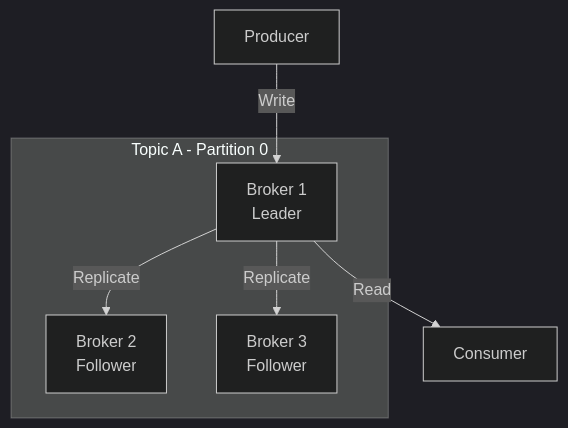
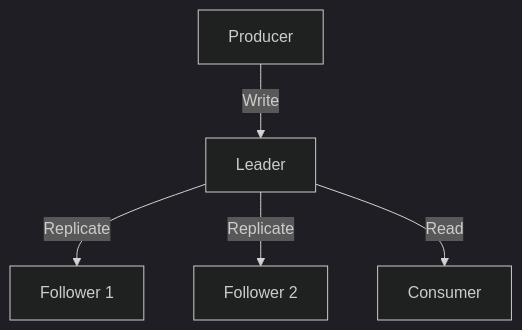
One commit to advanced-beginner/advanced-beginner.github.io changed the second of 2 diagrams in content/en/docs/kafka/concepts/replication.md. Above: the diagram before and after it, drawn with Mermaid (dark theme). The commit also changed other lines of this file and 7 other files, not shown here.

````diff
--- a/content/en/docs/kafka/concepts/replication.md
+++ b/content/en/docs/kafka/concepts/replication.md
@@ -35,13 +65,7 @@
 ```mermaid
 flowchart TB
-    subgraph Partition["Topic A - Partition 0"]
-        L[Broker 1<br>Leader]
-        F1[Broker 2<br>Follower]
-        F2[Broker 3<br>Follower]
-    end
-
-    P[Producer] -->|Write| L
-    L -->|Replicate| F1
-    L -->|Replicate| F2
+    P[Producer] -->|Write| L[Leader]
+    L -->|Replicate| F1[Follower 1]
+    L -->|Replicate| F2[Follower 2]
     L -->|Read| C[Consumer]
 ```
````
